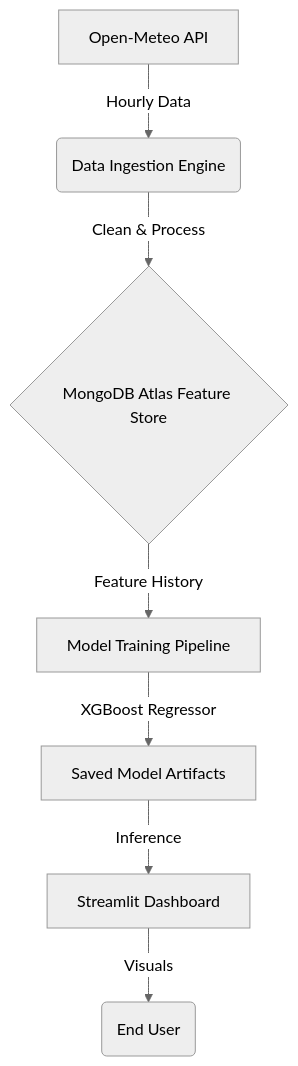
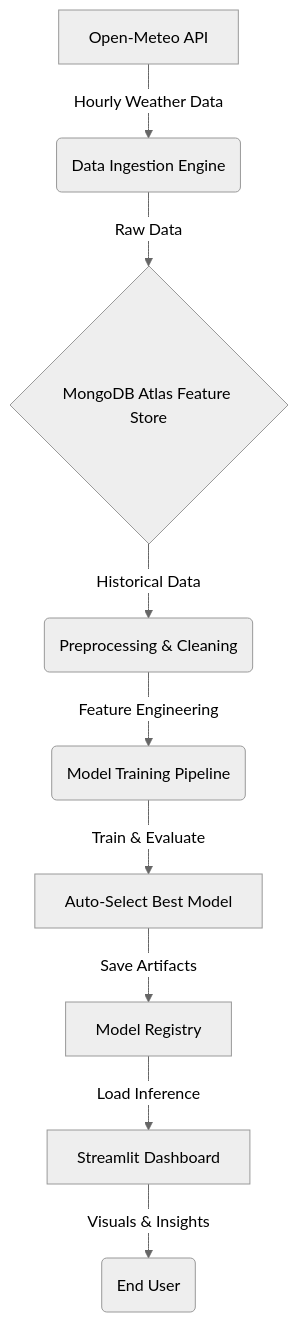
Before and after one commit to MuhammadEhsan02/10Pearls-AQI: the diagram in README.md, drawn with Mermaid (neutral theme). The commit also changed other lines of this file and 1 other file, not shown here.

````diff
--- a/README.md
+++ b/README.md
@@ -26,9 +30,12 @@
 ```mermaid
 graph TD
-    A[Open-Meteo API] -->|Hourly Data| B(Data Ingestion Engine)
-    B -->|Clean & Process| C{MongoDB Atlas Feature Store}
-    C -->|Feature History| D[Model Training Pipeline]
-    D -->|XGBoost Regressor| E[Saved Model Artifacts]
-    E -->|Inference| F[Streamlit Dashboard]
-    F -->|Visuals| G(End User)
+    A[Open-Meteo API] -->|Hourly Weather Data| B(Data Ingestion Engine)
+    B -->|Raw Data| C{MongoDB Atlas Feature Store}
+    C -->|Historical Data| D(Preprocessing & Cleaning)
+    D -->|Feature Engineering| E(Model Training Pipeline)
+    E -->|Train & Evaluate| F[Auto-Select Best Model]
+    F -->|Save Artifacts| G[Model Registry]
+    G -->|Load Inference| H[Streamlit Dashboard]
+    H -->|Visuals & Insights| I(End User)
+
 ```
````
